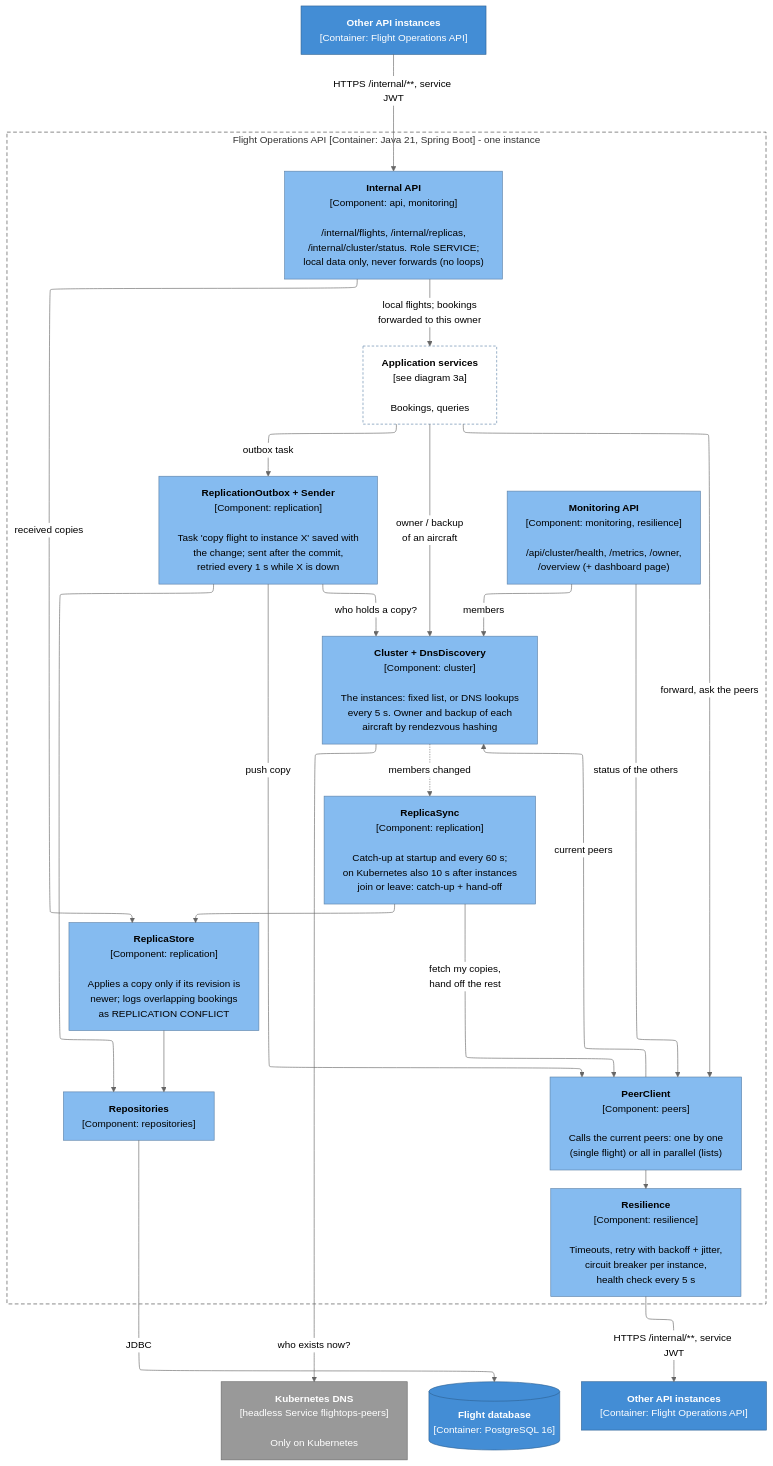
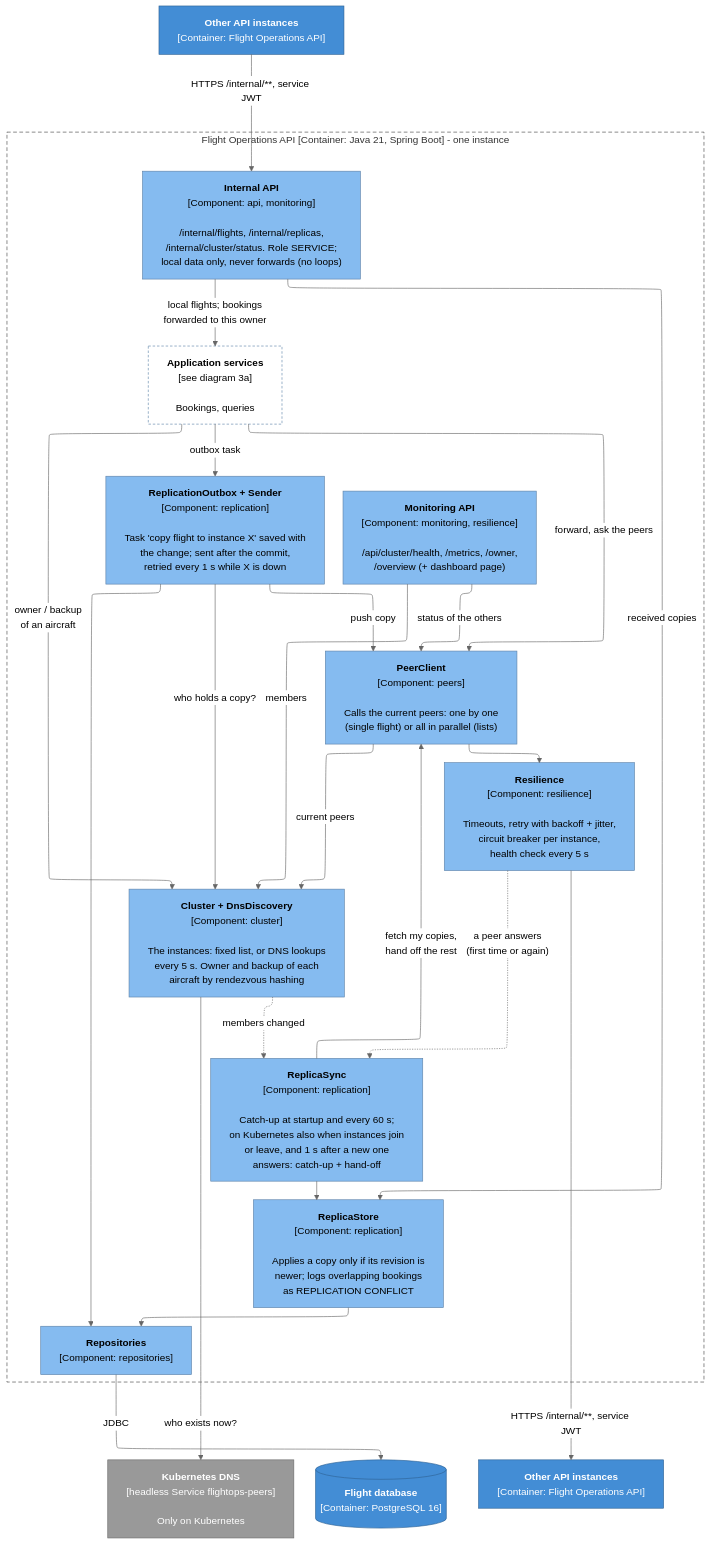
Before and after one commit to ImJay1527/flight-operations-service: the diagram in docs/c4/3b-components-distribution.mmd, drawn with Mermaid (neutral theme). The commit also changed 19 other files, not shown here.

First line of the commit message:
Hand off flights to a new instance as soon as it answers; don't answer left-over copies

```diff
--- a/docs/c4/3b-components-distribution.mmd
+++ b/docs/c4/3b-components-distribution.mmd
@@ -1,59 +1,60 @@
 ---
 config:
   layout: elk
   flowchart:
     wrappingWidth: 400
 ---
 %% C4 Level 3b - Components of the Flight Operations API: how an instance works with the other instances
 flowchart TB
     peersIn["<b>Other API instances</b><br/>[Container: Flight Operations API]"]
     dns["<b>Kubernetes DNS</b><br/>[headless Service flightops-peers]<br/><br/>Only on Kubernetes"]
 
     subgraph API["Flight Operations API [Container: Java 21, Spring Boot] - one instance"]
         direction TB
         internalApi["<b>Internal API</b><br/>[Component: api, monitoring]<br/><br/>/internal/flights, /internal/replicas,<br/>/internal/cluster/status. Role SERVICE;<br/>local data only, never forwards (no loops)"]
         monitorApi["<b>Monitoring API</b><br/>[Component: monitoring, resilience]<br/><br/>/api/cluster/health, /metrics, /owner,<br/>/overview (+ dashboard page)"]
         app["<b>Application services</b><br/>[see diagram 3a]<br/><br/>Bookings, queries"]
 
         cluster["<b>Cluster + DnsDiscovery</b><br/>[Component: cluster]<br/><br/>The instances: fixed list, or DNS lookups<br/>every 5 s. Owner and backup of each<br/>aircraft by rendezvous hashing"]
         outbox["<b>ReplicationOutbox + Sender</b><br/>[Component: replication]<br/><br/>Task 'copy flight to instance X' saved with<br/>the change; sent after the commit,<br/>retried every 1 s while X is down"]
         store["<b>ReplicaStore</b><br/>[Component: replication]<br/><br/>Applies a copy only if its revision is<br/>newer; logs overlapping bookings<br/>as REPLICATION CONFLICT"]
-        sync["<b>ReplicaSync</b><br/>[Component: replication]<br/><br/>Catch-up at startup and every 60 s;<br/>on Kubernetes also 10 s after instances<br/>join or leave: catch-up + hand-off"]
+        sync["<b>ReplicaSync</b><br/>[Component: replication]<br/><br/>Catch-up at startup and every 60 s;<br/>on Kubernetes also when instances join<br/>or leave, and 1 s after a new one<br/>answers: catch-up + hand-off"]
         peerClient["<b>PeerClient</b><br/>[Component: peers]<br/><br/>Calls the current peers: one by one<br/>(single flight) or all in parallel (lists)"]
         resilience["<b>Resilience</b><br/>[Component: resilience]<br/><br/>Timeouts, retry with backoff + jitter,<br/>circuit breaker per instance,<br/>health check every 5 s"]
         repos["<b>Repositories</b><br/>[Component: repositories]"]
     end
 
     db[("<b>Flight database</b><br/>[Container: PostgreSQL 16]")]
     peersOut["<b>Other API instances</b><br/>[Container: Flight Operations API]"]
 
     peersIn -->|"HTTPS /internal/**, service JWT"| internalApi
     internalApi -->|"received copies"| store
     internalApi -->|"local flights; bookings<br/>forwarded to this owner"| app
     app -->|"owner / backup<br/>of an aircraft"| cluster
     app -->|"outbox task"| outbox
     app -->|"forward, ask the peers"| peerClient
     monitorApi -->|"members"| cluster
     monitorApi -->|"status of the others"| peerClient
     cluster -->|"who exists now?"| dns
     cluster -.->|"members changed"| sync
+    resilience -.->|"a peer answers<br/>(first time or again)"| sync
     outbox -->|"who holds a copy?"| cluster
     outbox -->|"push copy"| peerClient
     sync -->|"fetch my copies,<br/>hand off the rest"| peerClient
     sync --> store
     store --> repos
     outbox --> repos
     peerClient -->|"current peers"| cluster
     peerClient --> resilience
     resilience -->|"HTTPS /internal/**, service JWT"| peersOut
     repos -->|"JDBC"| db
 
     classDef component fill:#85bbf0,stroke:#5d82a8,color:#000000
     classDef container fill:#438dd5,stroke:#2e6295,color:#ffffff
     classDef external fill:#999999,stroke:#6b6b6b,color:#ffffff
     classDef elsewhere fill:#ffffff,stroke:#5d82a8,color:#000000,stroke-dasharray:4 3
     class internalApi,monitorApi,cluster,outbox,store,sync,peerClient,resilience,repos component
     class app elsewhere
     class peersIn,peersOut,db container
     class dns external
     style API fill:none,stroke:#444444,stroke-dasharray:6 4
```
